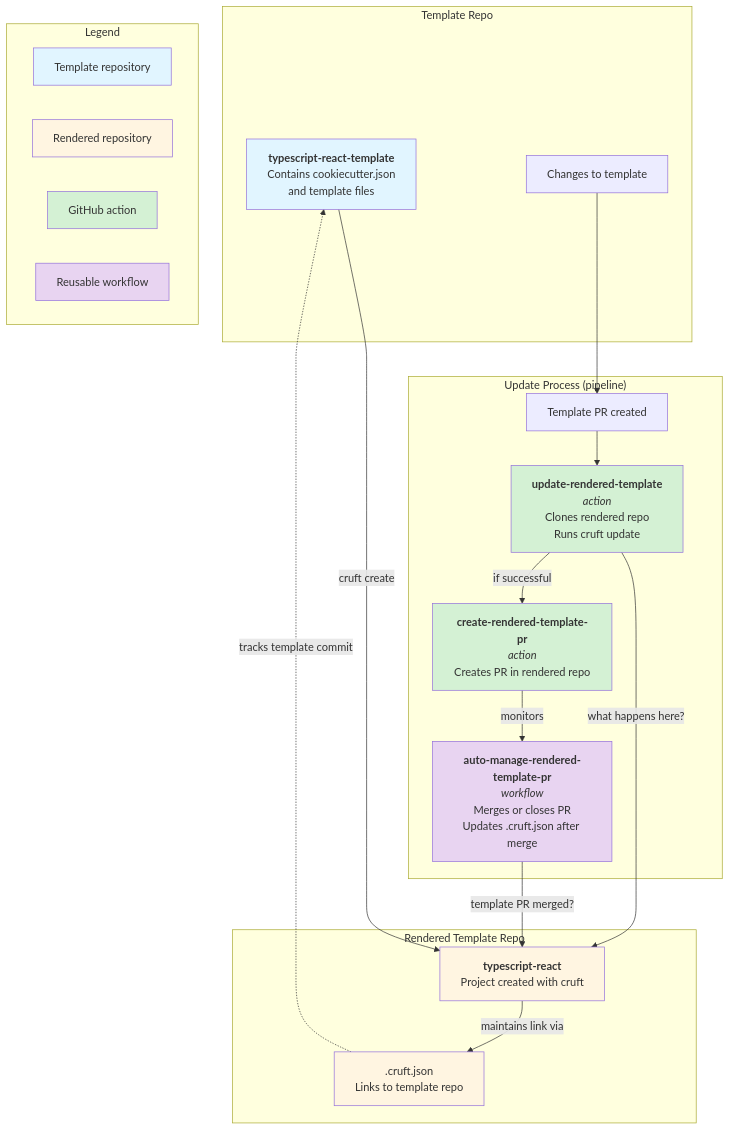
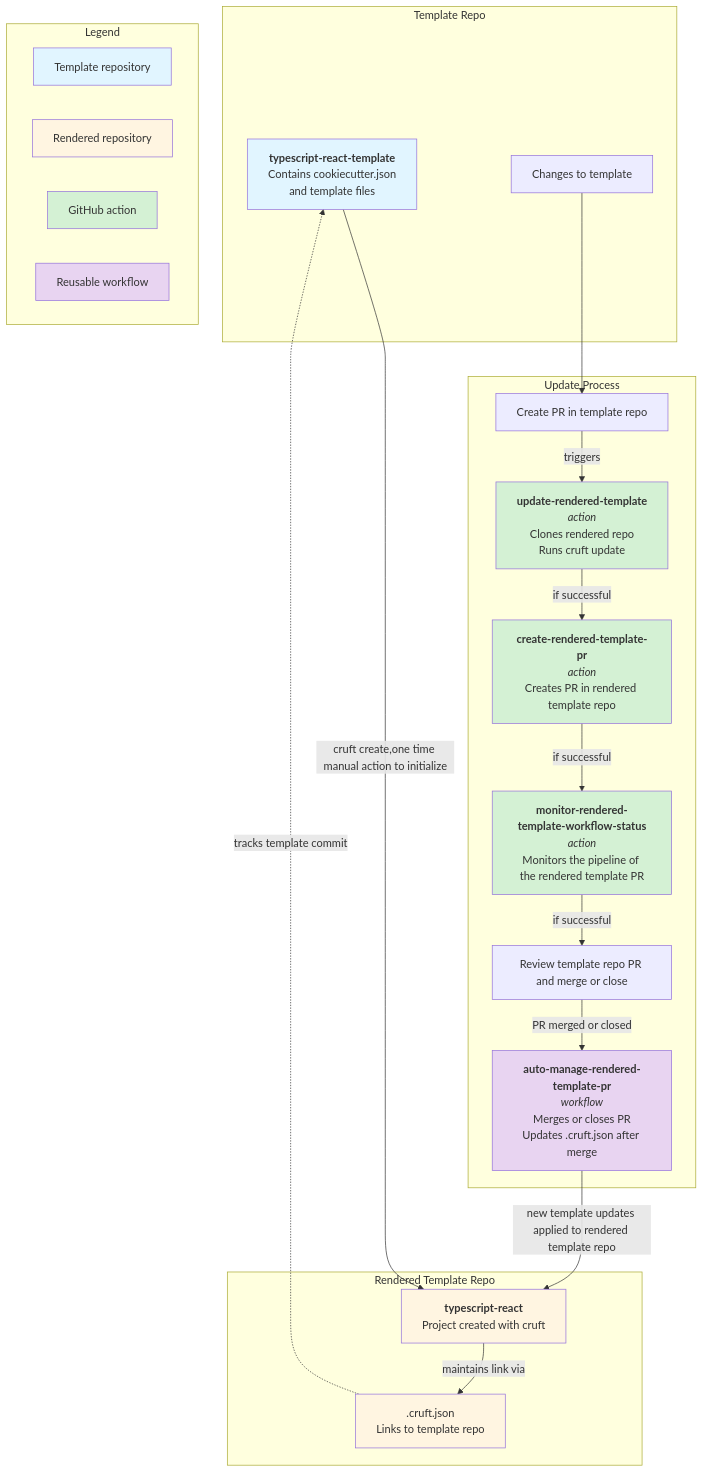
One commit to eidp/actions-template changed the diagram in README.md. Above: the diagram before and after it, drawn with Mermaid. The commit also changed other lines of this file, not shown here.

Commit message:
docs: fix graph

````diff
--- a/README.md
+++ b/README.md
@@ -10,47 +10,51 @@
 ```mermaid
 graph TB
     subgraph "Template Repo"
         A[<strong>typescript-react-template</strong><br/>Contains cookiecutter.json<br/>and template files]
         B[Changes to template]
     end
 
     subgraph "Rendered Template Repo"
         C[<strong>typescript-react</strong><br/>Project created with cruft]
         D[.cruft.json<br/>Links to template repo]
     end
 
-    subgraph "Update Process (pipeline)"
-        E[Template PR created]
+    subgraph "Update Process"
+        E[Create PR in template repo]
         F["<strong>update-rendered-template</strong><br/><em>action</em><br/>Clones rendered repo<br/>Runs cruft update"]
-        G["<strong>create-rendered-template-pr</strong><br/><em>action</em><br/>Creates PR in rendered repo"]
+        G["<strong>create-rendered-template-pr</strong><br/><em>action</em><br/>Creates PR in rendered template repo"]
+        I["<strong>monitor-rendered-template-workflow-status</strong><br/><em>action</em><br/>Monitors the pipeline of the rendered template PR"]
+        J[Review template repo PR and merge or close]
         H["<strong>auto-manage-rendered-template-pr</strong><br/><em>workflow</em><br/>Merges or closes PR<br/>Updates .cruft.json after merge"]
     end
 
     subgraph Legend
         L1[Template repository]
         L2[Rendered repository]
         L3[GitHub action]
         L4[Reusable workflow]
     end
 
-    A -->|cruft create| C
+    A -->|cruft create,one time manual action to initialize| C
     C -->|maintains link via| D
     B --> E
-    E --> F
-    F --> |what happens here?|C 
+    E --> |triggers| F
     F -->|if successful| G
-    G -->|monitors| H
-    H -->|template PR merged?| C
+    G --> |if successful|I
+    I --> |if successful|J
+    J --> |PR merged or closed|H
+    H -->|new template updates applied to rendered template repo| C
     D -.->|tracks template commit| A
 
     style A fill:#e1f5ff
     style C fill:#fff5e1
     style D fill:#fff5e1
     style F fill:#d4f1d4
     style G fill:#d4f1d4
     style H fill:#e8d4f1
+    style I fill:#d4f1d4
     style L1 fill:#e1f5ff
     style L2 fill:#fff5e1
     style L3 fill:#d4f1d4
     style L4 fill:#e8d4f1
 ```
````
